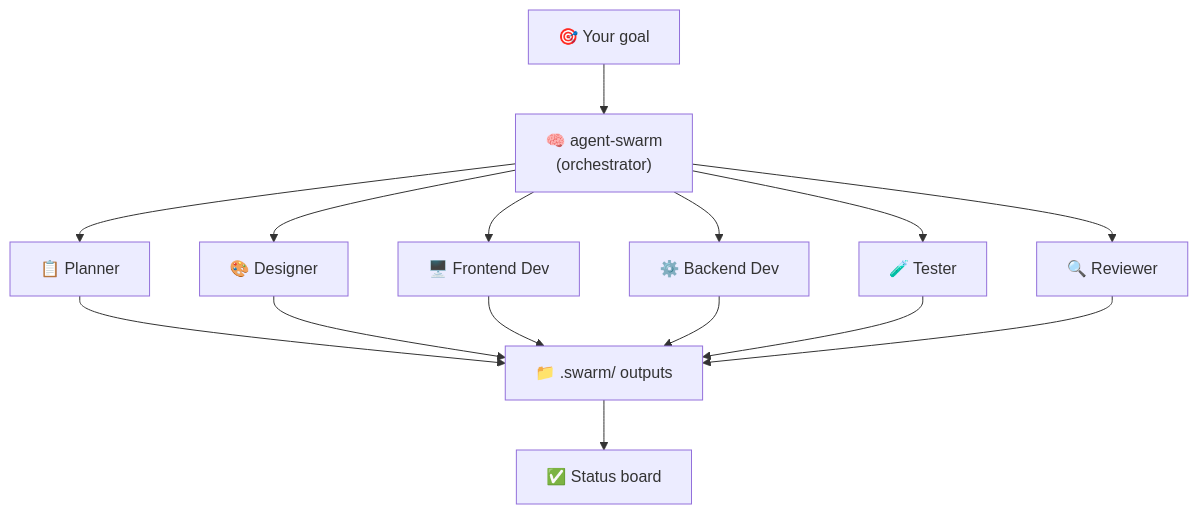
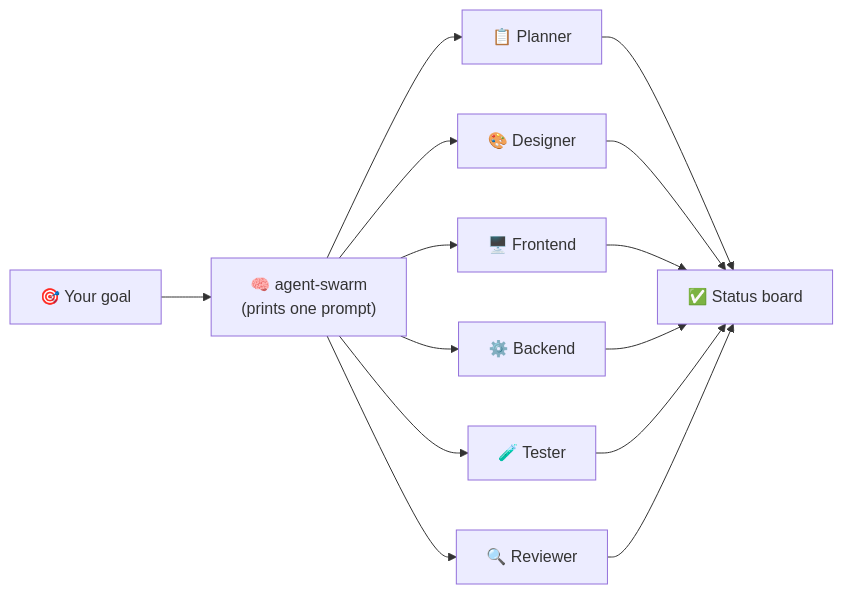
One commit to HosnainRafi/agent-swarm changed the diagram in README.md. Above: the diagram before and after it, drawn with Mermaid. The commit also changed other lines of this file and 5 other files, not shown here.

Commit message:
v2.0.0: prompt-only — remove external CLI spawning, swarm is now the default command

````diff
--- a/README.md
+++ b/README.md
@@ -20,17 +20,11 @@
 ```mermaid
-flowchart TB
-    G["🎯 Your goal"] --> O["🧠 agent-swarm<br/>(orchestrator)"]
+flowchart LR
+    G["🎯 Your goal"] --> O["🧠 agent-swarm<br/>(prints one prompt)"]
     O --> P["📋 Planner"]
     O --> D["🎨 Designer"]
-    O --> F["🖥️ Frontend Dev"]
-    O --> B["⚙️ Backend Dev"]
+    O --> F["🖥️ Frontend"]
+    O --> B["⚙️ Backend"]
     O --> T["🧪 Tester"]
     O --> R["🔍 Reviewer"]
-    P --> S["📁 .swarm/ outputs"]
-    D --> S
-    F --> S
-    B --> S
-    T --> S
-    R --> S
-    S --> V["✅ Status board"]
+    P & D & F & B & T & R --> S["✅ Status board"]
 ```
````
